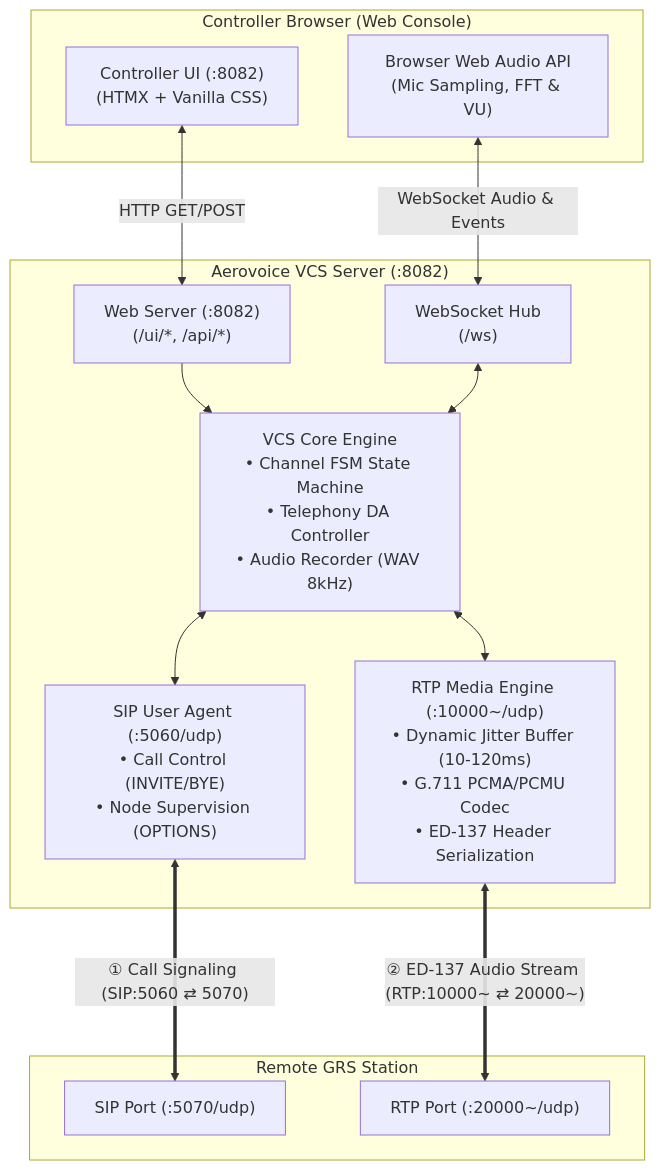
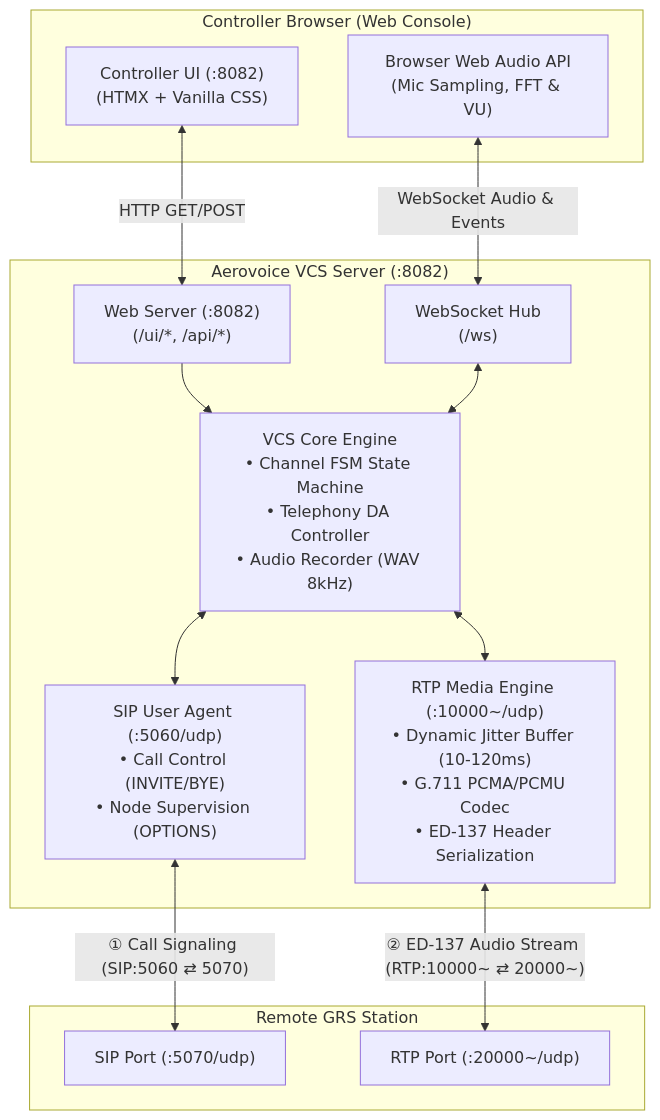
Before and after one commit to sh0jitmy/aerovoice: the first of 3 diagrams in docs/manual.md, drawn with Mermaid. The commit also changed other lines of this file and 5 other files, not shown here.

Commit message:
fix(docs): resolve Mermaid syntax errors in system architecture and manual diagrams

````diff
--- a/docs/manual.md
+++ b/docs/manual.md
@@ -19,31 +19,31 @@
 ```mermaid
 flowchart TB
     subgraph Browser_VCS["Controller Browser (Web Console)"]
         VCS_UI["Controller UI (:8082)<br/>(HTMX + Vanilla CSS)"]
         VCS_Audio["Browser Web Audio API<br/>(Mic Sampling, FFT & VU)"]
     end
 
     subgraph VCS_Host["Aerovoice VCS Server (:8082)"]
         VCS_Web["Web Server (:8082)<br/>(/ui/*, /api/*)"]
         VCS_WS["WebSocket Hub<br/>(/ws)"]
         VCS_Core["VCS Core Engine<br/>• Channel FSM State Machine<br/>• Telephony DA Controller<br/>• Audio Recorder (WAV 8kHz)"]
         VCS_SIP["SIP User Agent (:5060/udp)<br/>• Call Control (INVITE/BYE)<br/>• Node Supervision (OPTIONS)"]
         VCS_RTP["RTP Media Engine (:10000~/udp)<br/>• Dynamic Jitter Buffer (10-120ms)<br/>• G.711 PCMA/PCMU Codec<br/>• ED-137 Header Serialization"]
     end
 
     subgraph GRS_Remote["Remote GRS Station"]
         Remote_SIP["SIP Port (:5070/udp)"]
         Remote_RTP["RTP Port (:20000~/udp)"]
     end
 
-    VCS_UI <-->|HTTP GET/POST| VCS_Web
-    VCS_Audio <-->|WebSocket Audio & Events| VCS_WS
+    VCS_UI <-->|"HTTP GET/POST"| VCS_Web
+    VCS_Audio <-->|"WebSocket Audio & Events"| VCS_WS
     VCS_Web --> VCS_Core
     VCS_WS <--> VCS_Core
 
     VCS_Core <--> VCS_SIP
     VCS_Core <--> VCS_RTP
 
-    VCS_SIP <===>|"① Call Signaling (SIP:5060 ⇄ 5070)"| Remote_SIP
-    VCS_RTP <===>|"② ED-137 Audio Stream (RTP:10000~ ⇄ 20000~)"| Remote_RTP
+    VCS_SIP <-->|"① Call Signaling (SIP:5060 ⇄ 5070)"| Remote_SIP
+    VCS_RTP <-->|"② ED-137 Audio Stream (RTP:10000~ ⇄ 20000~)"| Remote_RTP
 ```
````
